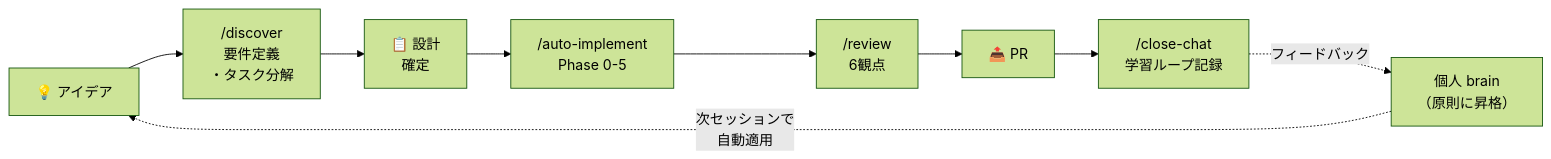
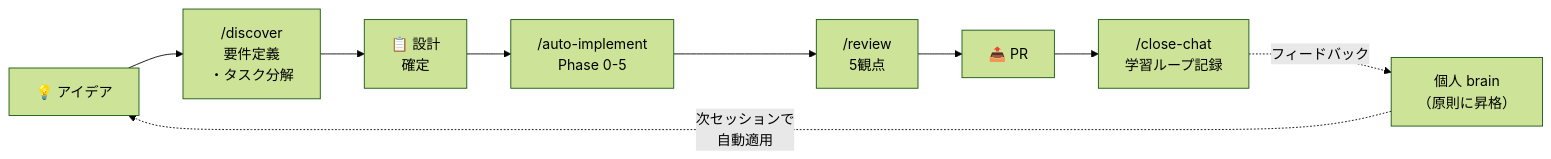
Before and after one commit to SideMountain/claude-code-sidekick: the fourth of 5 diagrams in README.ja.md, drawn with Mermaid (forest theme). The commit also changed other lines of this file and 11 other files, not shown here.

````diff
--- a/README.ja.md
+++ b/README.ja.md
@@ -291,11 +297,11 @@
 ```mermaid
 flowchart LR
     Idea["💡 アイデア"] --> D["/discover<br/>要件定義<br/>・タスク分解"]
     D --> Design["📋 設計<br/>確定"]
     Design --> AI["/auto-implement<br/>Phase 0-5"]
-    AI --> R["/review<br/>6観点"]
+    AI --> R["/review<br/>5観点"]
     R --> PR["📤 PR"]
     PR --> CC["/close-chat<br/>学習ループ記録"]
     CC -.->|"フィードバック"| TH["個人 brain<br/>（原則に昇格）"]
     TH -.->|"次セッションで<br/>自動適用"| Idea
 ```
````
